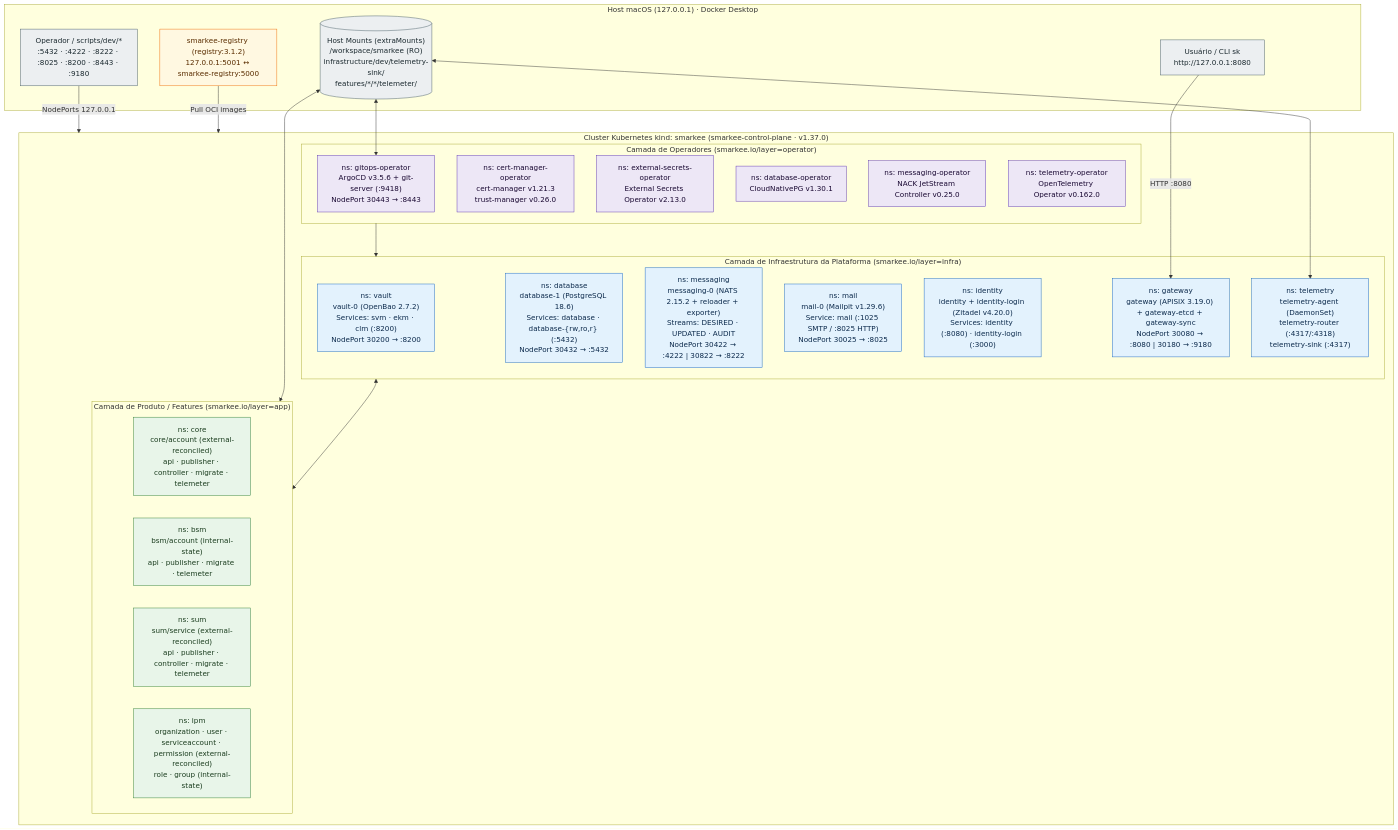
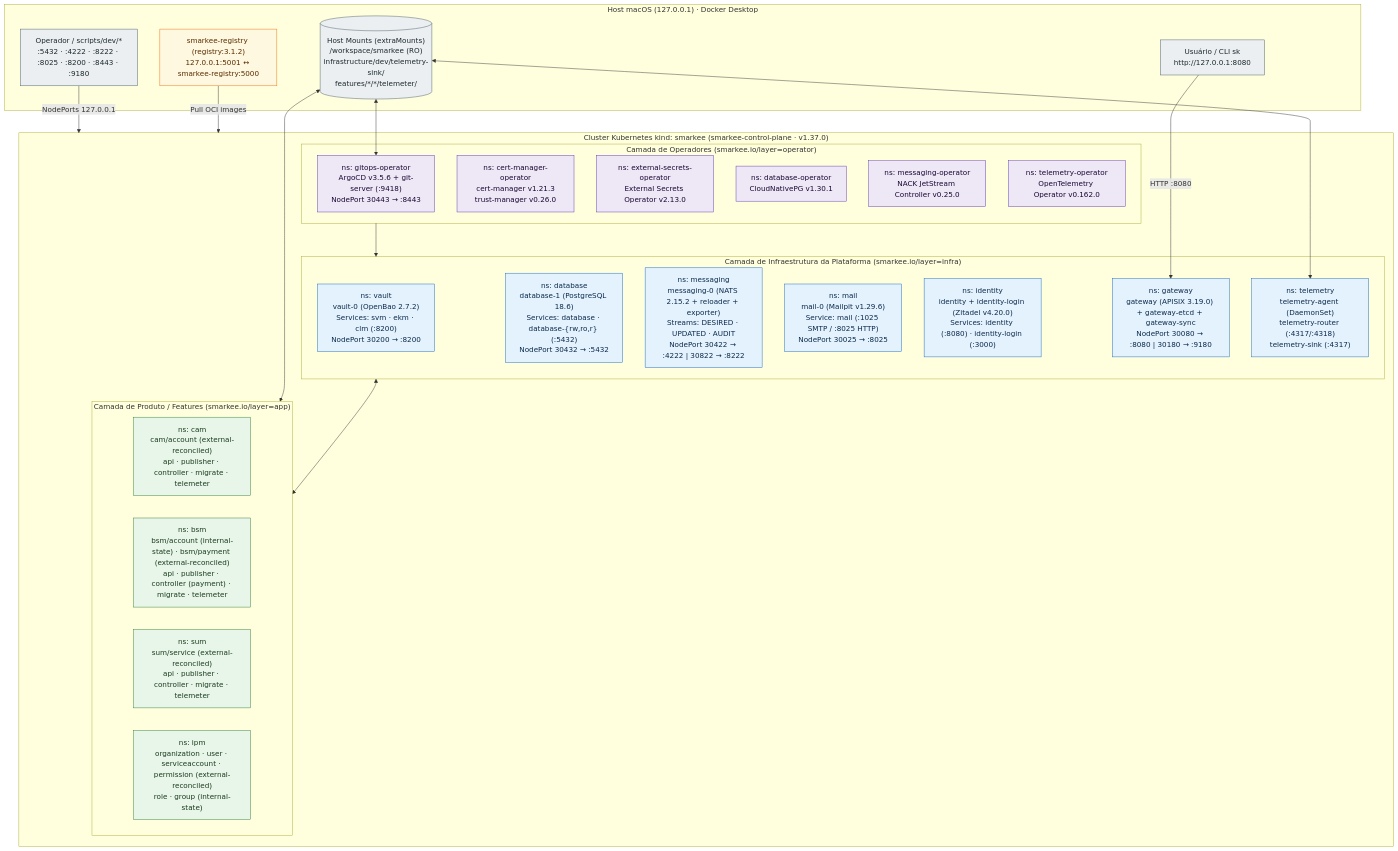
One commit to danielsabatini/smarkee changed the diagram in docs/infrastructure/k8s/diagrams/01-cluster-topology.mmd. Above: the diagram before and after it, drawn with Mermaid. The commit also changed 44 other files, not shown here.

```diff
--- a/docs/infrastructure/k8s/diagrams/01-cluster-topology.mmd
+++ b/docs/infrastructure/k8s/diagrams/01-cluster-topology.mmd
@@ -1,50 +1,50 @@
 flowchart TB
     classDef host fill:#eceff1,stroke:#455a64,color:#1c2a30
     classDef op fill:#ede7f6,stroke:#5e35b1,color:#1a0933
     classDef infra fill:#e3f2fd,stroke:#1565c0,color:#0d2b4d
     classDef app fill:#e8f5e9,stroke:#2e7d32,color:#1b3d1f
     classDef reg fill:#fff8e1,stroke:#ef6c00,color:#5a2d00
 
     subgraph HOST["Host macOS (127.0.0.1) · Docker Desktop"]
         USER["Usuário / CLI sk<br/>http://127.0.0.1:8080"]:::host
         OPER["Operador / scripts/dev/*<br/>:5432 · :4222 · :8222 · :8025 · :8200 · :8443 · :9180"]:::host
         REG["smarkee-registry (registry:3.1.2)<br/>127.0.0.1:5001 ↔ smarkee-registry:5000"]:::reg
         MOUNTS[("Host Mounts (extraMounts)<br/>/workspace/smarkee (RO)<br/>infrastructure/dev/telemetry-sink/<br/>features/*/*/telemeter/")]:::host
     end
 
     subgraph KIND["Cluster Kubernetes kind: smarkee (smarkee-control-plane · v1.37.0)"]
         subgraph LAYER_OP["Camada de Operadores (smarkee.io/layer=operator)"]
             NS_ARGO["ns: gitops-operator<br/>ArgoCD v3.5.6 + git-server (:9418)<br/>NodePort 30443 → :8443"]:::op
             NS_CM["ns: cert-manager-operator<br/>cert-manager v1.21.3<br/>trust-manager v0.26.0"]:::op
             NS_ESO["ns: external-secrets-operator<br/>External Secrets Operator v2.13.0"]:::op
             NS_CNPG["ns: database-operator<br/>CloudNativePG v1.30.1"]:::op
             NS_NACK["ns: messaging-operator<br/>NACK JetStream Controller v0.25.0"]:::op
             NS_OTEL["ns: telemetry-operator<br/>OpenTelemetry Operator v0.162.0"]:::op
         end
 
         subgraph LAYER_INFRA["Camada de Infraestrutura da Plataforma (smarkee.io/layer=infra)"]
             NS_VAULT["ns: vault<br/>vault-0 (OpenBao 2.7.2)<br/>Services: svm · ekm · clm (:8200)<br/>NodePort 30200 → :8200"]:::infra
             NS_DB["ns: database<br/>database-1 (PostgreSQL 18.6)<br/>Services: database · database-{rw,ro,r} (:5432)<br/>NodePort 30432 → :5432"]:::infra
             NS_MSG["ns: messaging<br/>messaging-0 (NATS 2.15.2 + reloader + exporter)<br/>Streams: DESIRED · UPDATED · AUDIT<br/>NodePort 30422 → :4222 | 30822 → :8222"]:::infra
             NS_MAIL["ns: mail<br/>mail-0 (Mailpit v1.29.6)<br/>Service: mail (:1025 SMTP / :8025 HTTP)<br/>NodePort 30025 → :8025"]:::infra
             NS_IDP["ns: identity<br/>identity + identity-login (Zitadel v4.20.0)<br/>Services: identity (:8080) · identity-login (:3000)"]:::infra
             NS_GW["ns: gateway<br/>gateway (APISIX 3.19.0) + gateway-etcd + gateway-sync<br/>NodePort 30080 → :8080 | 30180 → :9180"]:::infra
             NS_TEL["ns: telemetry<br/>telemetry-agent (DaemonSet)<br/>telemetry-router (:4317/:4318)<br/>telemetry-sink (:4317)"]:::infra
         end
 
         subgraph LAYER_APP["Camada de Produto / Features (smarkee.io/layer=app)"]
-            NS_CORE["ns: core<br/>core/account (external-reconciled)<br/>api · publisher · controller · migrate · telemeter"]:::app
-            NS_BSM["ns: bsm<br/>bsm/account (internal-state)<br/>api · publisher · migrate · telemeter"]:::app
+            NS_CAM["ns: cam<br/>cam/account (external-reconciled)<br/>api · publisher · controller · migrate · telemeter"]:::app
+            NS_BSM["ns: bsm<br/>bsm/account (internal-state) · bsm/payment (external-reconciled)<br/>api · publisher · controller (payment) · migrate · telemeter"]:::app
             NS_SUM["ns: sum<br/>sum/service (external-reconciled)<br/>api · publisher · controller · migrate · telemeter"]:::app
             NS_IPM["ns: ipm<br/>organization · user · serviceaccount · permission (external-reconciled)<br/>role · group (internal-state)"]:::app
         end
     end
 
     USER -- "HTTP :8080" --> NS_GW
     OPER -- "NodePorts 127.0.0.1" --> KIND
     REG -- "Pull OCI images" --> KIND
     MOUNTS <--> NS_ARGO
     MOUNTS <--> NS_TEL
     MOUNTS <--> LAYER_APP
     LAYER_OP --> LAYER_INFRA
     LAYER_INFRA <--> LAYER_APP
```
